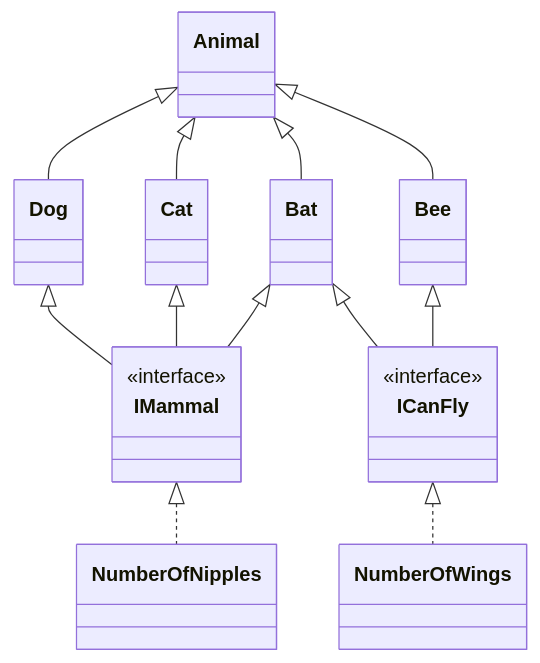
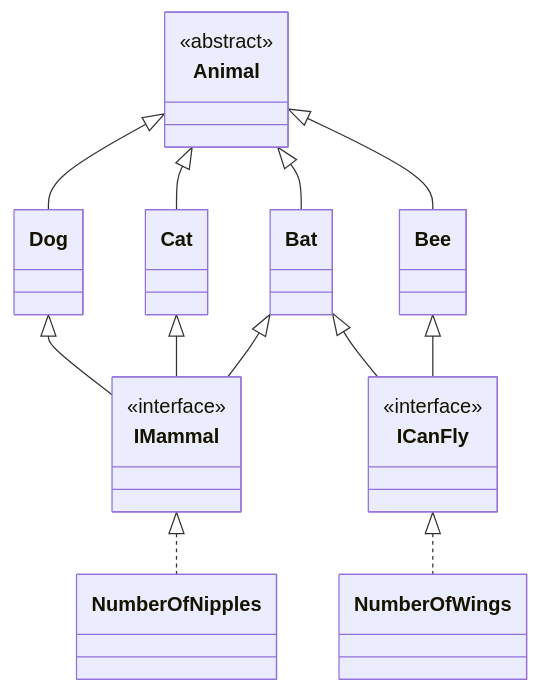
Before and after one commit to Sonia-Raposo/LP1Semana08: the diagram in AnimalKingdom/README.md, drawn with Mermaid.

Commit message:
Add <<abstract>> to Animal

````diff
--- a/AnimalKingdom/README.md
+++ b/AnimalKingdom/README.md
@@ -3,24 +3,26 @@
 ```mermaid
 
 classDiagram
 
+    class Animal
+    <<abstract>> Animal
     Animal <|-- Dog
     Animal <|-- Cat
     Animal <|-- Bat
     Animal <|-- Bee
 
     class IMammal
     <<interface>> IMammal
     Dog <|--IMammal
     Cat <|--IMammal
     Bat <|--IMammal
 
     class ICanFly
     <<interface>> ICanFly
     Bat <|--ICanFly
     Bee <|--ICanFly
 
     IMammal <|.. NumberOfNipples
     ICanFly <|.. NumberOfWings
 
 ```
````
